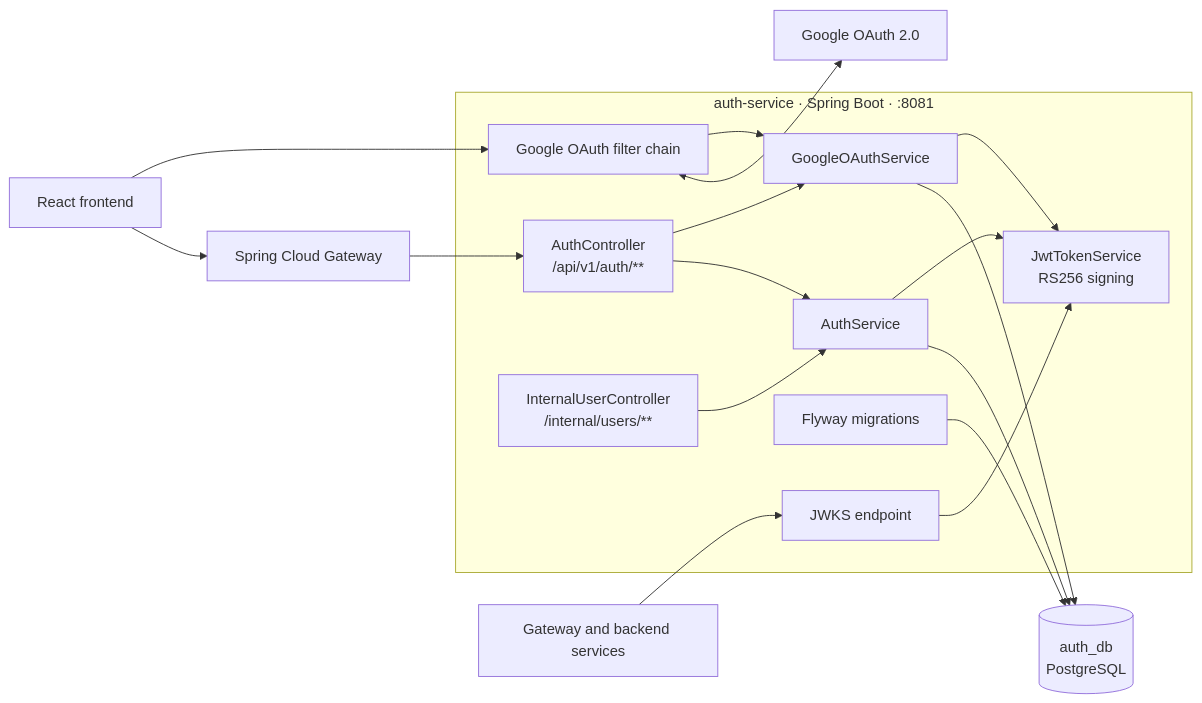
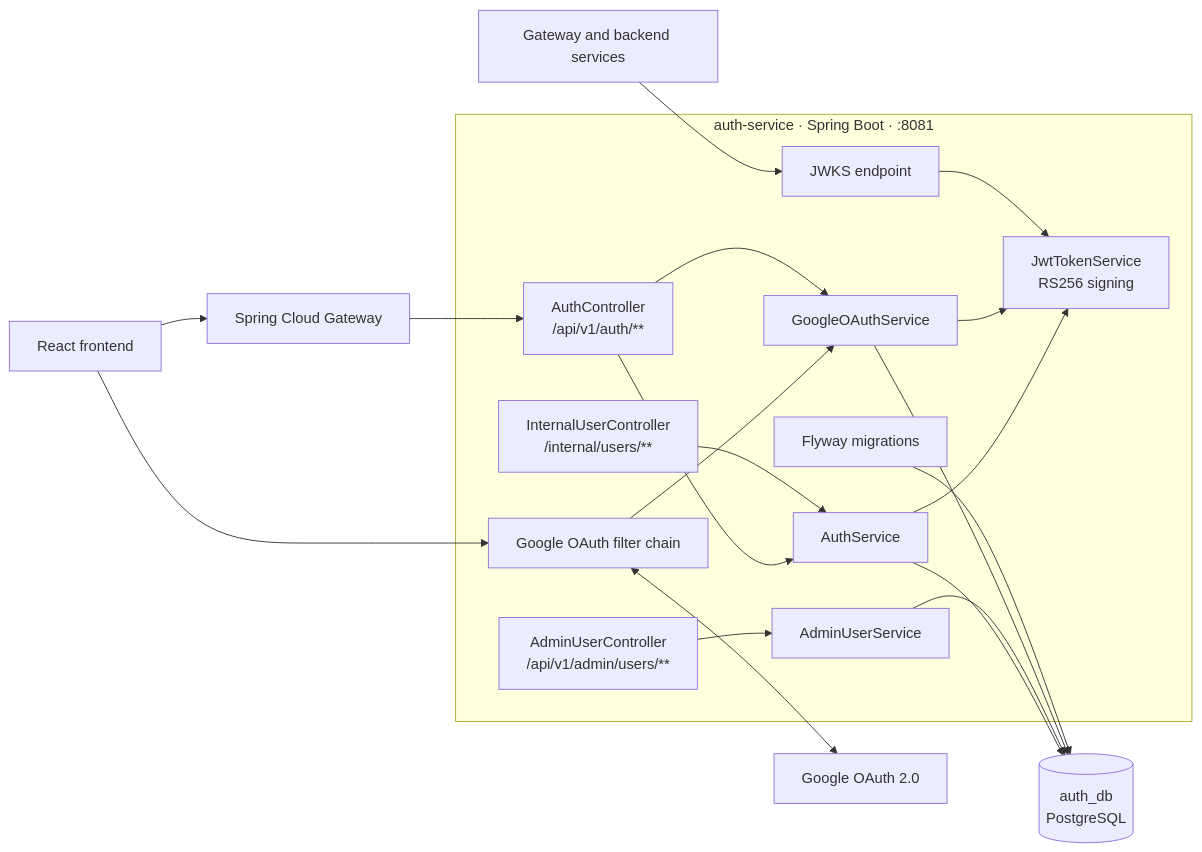
One commit to Sachintha-dilshan49/SwiftDrop changed the second of 6 diagrams in services/auth-service/README.md. Above: the diagram before and after it, drawn with Mermaid. The commit also changed other lines of this file and 27 other files, not shown here.

````diff
--- a/services/auth-service/README.md
+++ b/services/auth-service/README.md
@@ -52,34 +54,38 @@
 ```mermaid
 flowchart LR
     browser["React frontend"]
     gateway["Spring Cloud Gateway"]
     google["Google OAuth 2.0"]
     db[("auth_db<br/>PostgreSQL")]
     jwksClients["Gateway and backend services"]
 
     subgraph service["auth-service · Spring Boot · :8081"]
         authApi["AuthController<br/>/api/v1/auth/**"]
+        adminApi["AdminUserController<br/>/api/v1/admin/users/**"]
         oauthConfig["Google OAuth filter chain"]
         internalApi["InternalUserController<br/>/internal/users/**"]
         authLogic["AuthService"]
+        adminLogic["AdminUserService"]
         oauthLogic["GoogleOAuthService"]
         jwt["JwtTokenService<br/>RS256 signing"]
         migrations["Flyway migrations"]
         keyEndpoint["JWKS endpoint"]
     end
 
     browser --> gateway --> authApi
     browser --> oauthConfig
     oauthConfig <--> google
     oauthConfig --> oauthLogic
     authApi --> authLogic
+    adminApi --> adminLogic
     authApi --> oauthLogic
     internalApi --> authLogic
     authLogic --> db
+    adminLogic --> db
     oauthLogic --> db
     migrations --> db
     authLogic --> jwt
     oauthLogic --> jwt
     jwksClients --> keyEndpoint
     keyEndpoint --> jwt
 ```
````
